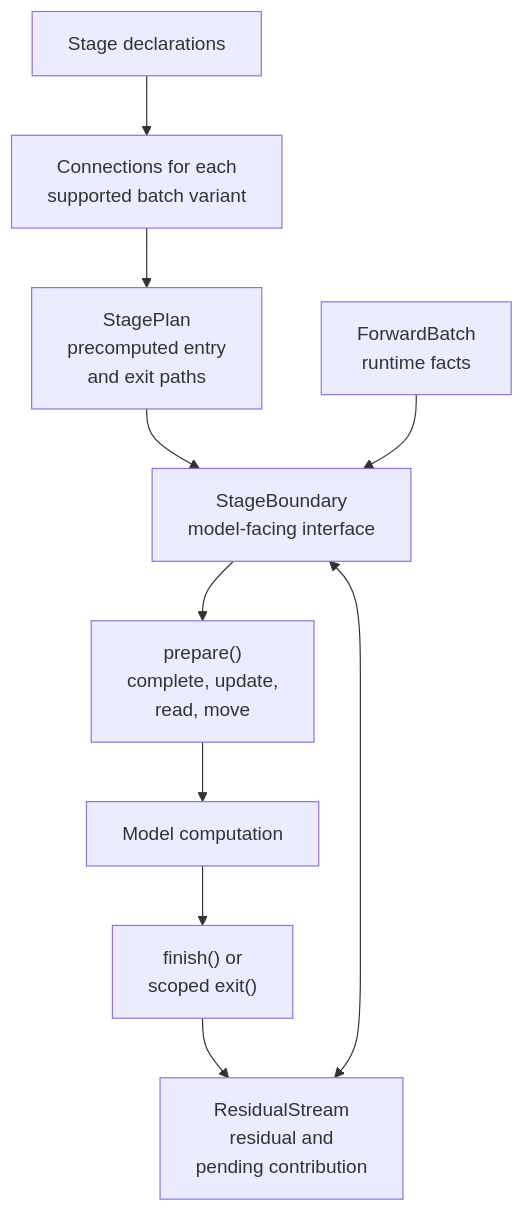
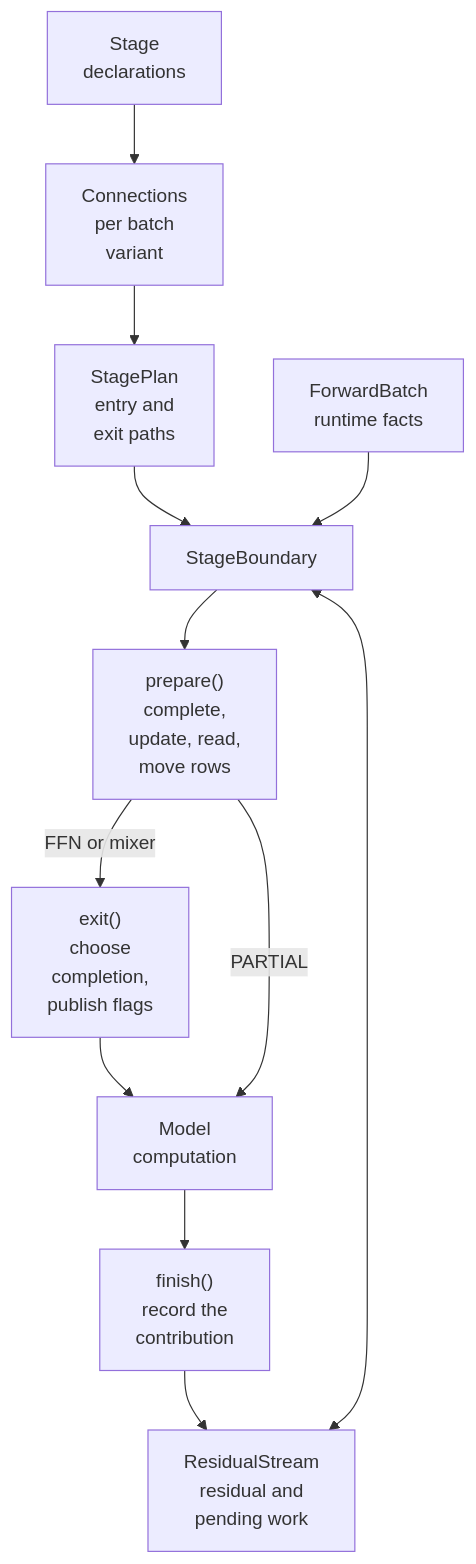
One commit to sgl-project/sglang changed the diagram in docs/docs/developer_guide/layer_boundary.mdx. Above: the diagram before and after it, drawn with Mermaid. The commit also changed other lines of this file and 1 other file, not shown here.

Commit message:
Correct the layer boundary execution order and ownership notes
Draw exit() before model computation: the scope chooses the completion and
publishes flags before compute runs, and finish() records the contribution
afterwards. A PARTIAL attention goes from prepare() to compute directly. Keep
every diagram line short so the renderer never has to wrap it.

A mixer still leaves its attention-TP sum to a following FFN under attention
DP; only the deferral to another mixer is disabled there. The stream check
compares object identity and does not detect in-place changes. Without
handoff_norm, the final norm completes a handoff unfused and then accepts
capture_output.

````diff
--- a/docs/docs/developer_guide/layer_boundary.mdx
+++ b/docs/docs/developer_guide/layer_boundary.mdx
@@ -268,12 +268,14 @@
 ```mermaid
 flowchart TD
-    D["Stage declarations"] --> C["Connections for each<br/>supported batch variant"]
-    C --> P["StagePlan<br/>precomputed entry<br/>and exit paths"]
-    P --> B["StageBoundary<br/>model-facing interface"]
+    D["Stage<br/>declarations"] --> C["Connections<br/>per batch<br/>variant"]
+    C --> P["StagePlan<br/>entry and<br/>exit paths"]
+    P --> B["StageBoundary"]
     F["ForwardBatch<br/>runtime facts"] --> B
-    S["ResidualStream<br/>residual and<br/>pending contribution"] <--> B
-    B --> I["prepare()<br/>complete, update,<br/>read, move"]
-    I --> M["Model computation"]
-    M --> O["finish() or<br/>scoped exit()"]
+    S["ResidualStream<br/>residual and<br/>pending work"] <--> B
+    B --> I["prepare()<br/>complete,<br/>update, read,<br/>move rows"]
+    I -->|"FFN or mixer"| X["exit()<br/>choose<br/>completion,<br/>publish flags"]
+    X --> M["Model<br/>computation"]
+    I -->|"PARTIAL"| M
+    M --> O["finish()<br/>record the<br/>contribution"]
     O --> S
 ```
````
